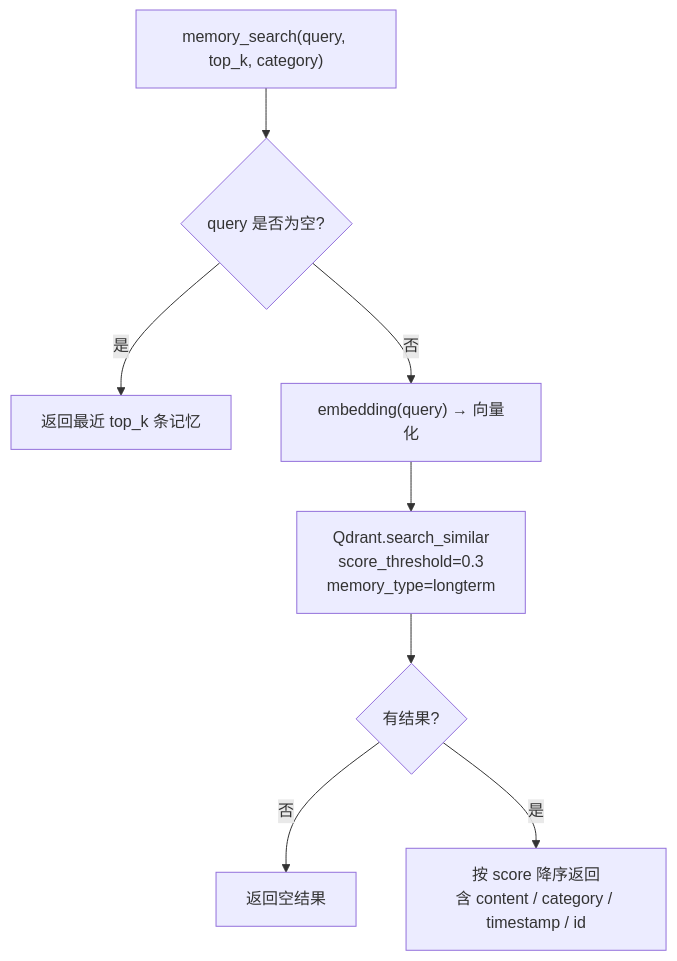
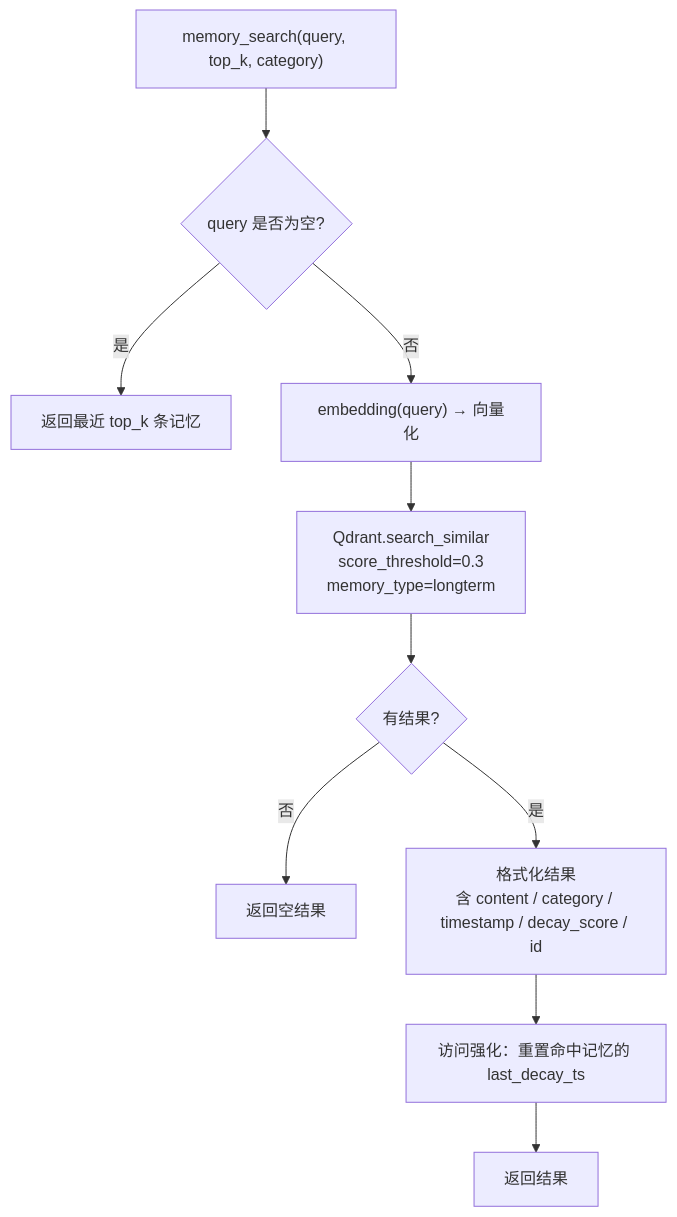
Before and after one commit to promisestar/MyClaw: the third of 6 diagrams in docs/Memory实现与功能说明.md, drawn with Mermaid. The commit also changed other lines of this file and 4 other files, not shown here.

````diff
--- a/docs/Memory实现与功能说明.md
+++ b/docs/Memory实现与功能说明.md
@@ -116,10 +176,12 @@
 ```mermaid
 flowchart TD
     A["memory_search(query, top_k, category)"] --> B{"query 是否为空?"}
     B -->|是| C["返回最近 top_k 条记忆"]
     B -->|否| D["embedding(query) → 向量化"]
     D --> E["Qdrant.search_similar<br/>score_threshold=0.3<br/>memory_type=longterm"]
     E --> F{"有结果?"}
     F -->|否| G["返回空结果"]
-    F -->|是| H["按 score 降序返回<br/>含 content / category / timestamp / id"]
+    F -->|是| H["格式化结果<br/>含 content / category / timestamp / decay_score / id"]
+    H --> I["访问强化：重置命中记忆的 last_decay_ts"]
+    I --> J["返回结果"]
 ```
````
